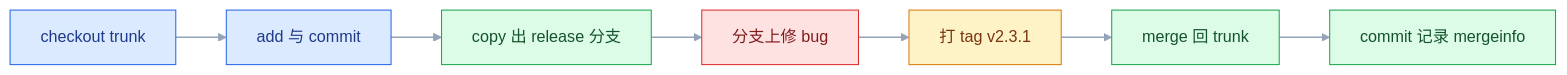
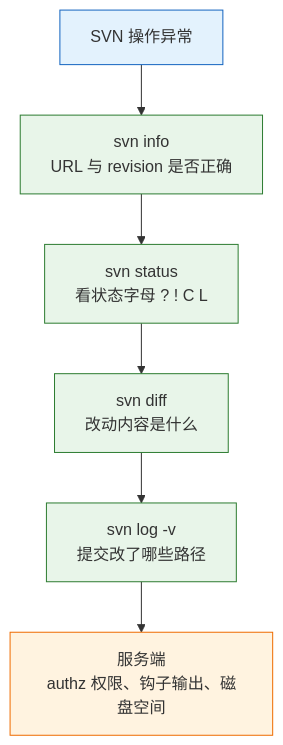
One commit to jimbosuper/studynotes changed the third of 3 diagrams in blog/src/notes/07-运维/02-版本管理/02-SVN版本管理.md. Above: the diagram before and after it, drawn with Mermaid. The commit also changed other lines of this file and 367 other files, not shown here.

````diff
--- a/blog/src/notes/07-运维/02-版本管理/02-SVN版本管理.md
+++ b/blog/src/notes/07-运维/02-版本管理/02-SVN版本管理.md
@@ -154,15 +886,14 @@
 ```mermaid
-flowchart LR
-    classDef client fill:#DBEAFE,stroke:#2563EB,color:#1E3A8A
-    classDef service fill:#DCFCE7,stroke:#16A34A,color:#14532D
-    classDef data fill:#FEF3C7,stroke:#D97706,color:#78350F
-    classDef danger fill:#FEE2E2,stroke:#DC2626,color:#7F1D1D
-
-    A["checkout trunk"]:::client --> B["add 与 commit"]:::client
-    B --> C["copy 出 release 分支"]:::service
-    C --> D["分支上修 bug"]:::danger
-    D --> E["打 tag v2.3.1"]:::data
-    E --> F["merge 回 trunk"]:::service
-    F --> G["commit 记录 mergeinfo"]:::service
-    linkStyle default stroke:#94A3B8,stroke-width:1.5px
+flowchart TD
+    A["SVN 操作异常"] --> B["svn info<br/>URL 与 revision 是否正确"]
+    B --> C["svn status<br/>看状态字母 ? ! C L"]
+    C --> D["svn diff<br/>改动内容是什么"]
+    D --> E["svn log -v<br/>提交改了哪些路径"]
+    E --> F["服务端<br/>authz 权限、钩子输出、磁盘空间"]
+    classDef client fill:#e3f2fd,stroke:#1565c0;
+    classDef engine fill:#e8f5e9,stroke:#2e7d32;
+    classDef image fill:#fff3e0,stroke:#ef6c00;
+    class A client
+    class B,C,D,E engine
+    class F image
 ```
````
